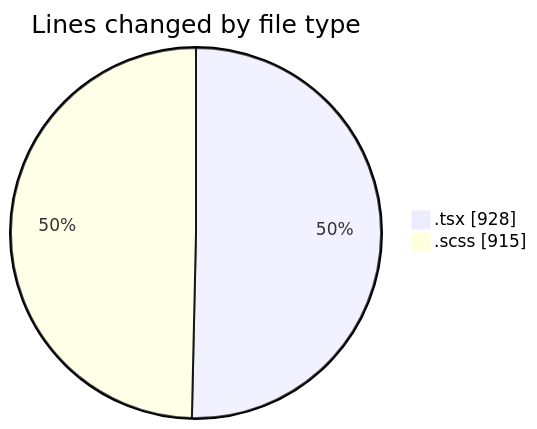
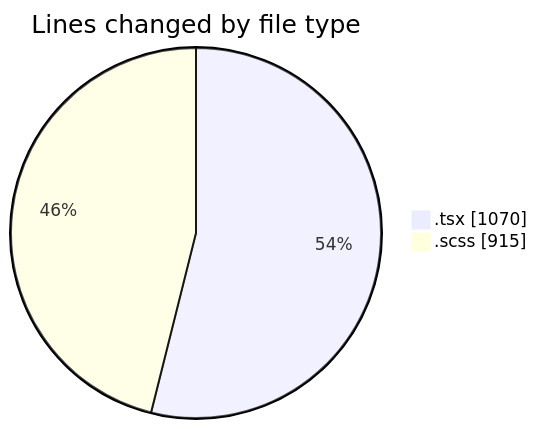
The first of 2 diagrams in 2025-03-27/cda/README.md (momahboobian/code-tracking), drawn with Mermaid before and after one commit. The commit also changed other lines of this file and 1 other file, not shown here.

````diff
--- a/2025-03-27/cda/README.md
+++ b/2025-03-27/cda/README.md
@@ -24,6 +25,6 @@
 ```mermaid
 pie showData
 title Lines changed by file type
-".tsx" : 928
+".tsx" : 1070
 ".scss" : 915
 ```
````
